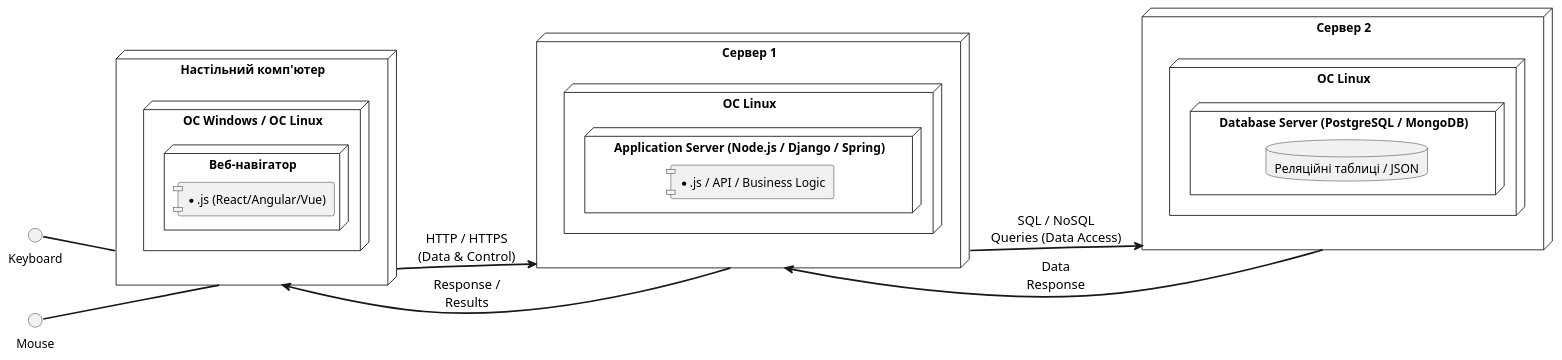
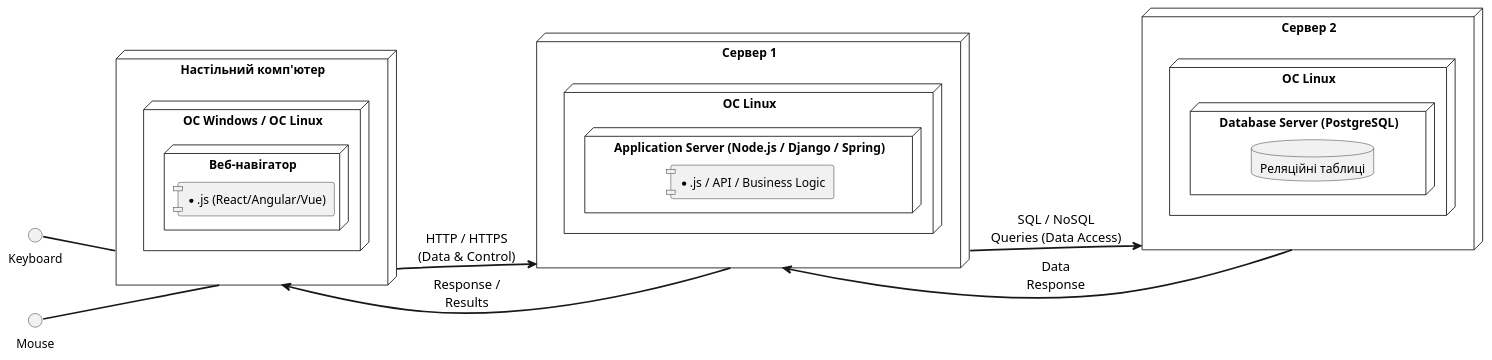
Before and after one commit to Liudmyla11/lab2: the diagram in UML-Deployment.puml, drawn with PlantUML.

```diff
--- a/UML-Deployment.puml
+++ b/UML-Deployment.puml
@@ -1,43 +1,43 @@
 @startuml
 left to right direction
 skinparam ArrowFontSize 15
 skinparam ArrowFontColor Black
 skinparam ArrowThickness 2
 skinparam componentStyle uml1
 
 node "Настільний комп'ютер" as Desktop {
   node "OC Windows / OC Linux" as OS_Desktop {
     node "Веб-навігатор" as Browser {
       component [*.js (React/Angular/Vue)]
     }
   }
 }
 
 interface Keyboard 
 
 interface Mouse 
 
   Keyboard -- Desktop
   Mouse -- Desktop
 
 node "Сервер 1" as Server1 {
   node "OC Linux" as OS_Server1 {
     node "Application Server (Node.js / Django / Spring)" as AppServer {
        component [*.js / API / Business Logic]
     }
   }
 }
 
 node "Сервер 2" as Server2 {
   node "OC Linux" as OS_Server2 {
-    node "Database Server (PostgreSQL / MongoDB)" as DBServer {
-       database "Реляційні таблиці / JSON"
+    node "Database Server (PostgreSQL)" as DBServer {
+       database "Реляційні таблиці"
     }
   }
 }
 
 Desktop --> Server1 : HTTP / HTTPS\n(Data & Control)
 Server1 --> Server2 : SQL / NoSQL\nQueries (Data Access)
 Server2 --> Server1 : Data\nResponse
 Server1 --> Desktop : Response /\nResults
 @enduml
```
